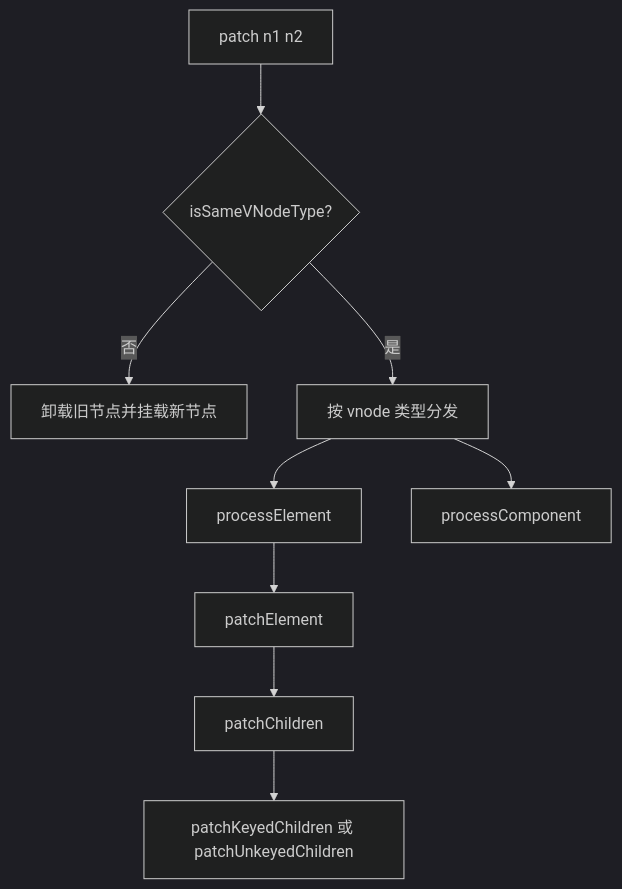
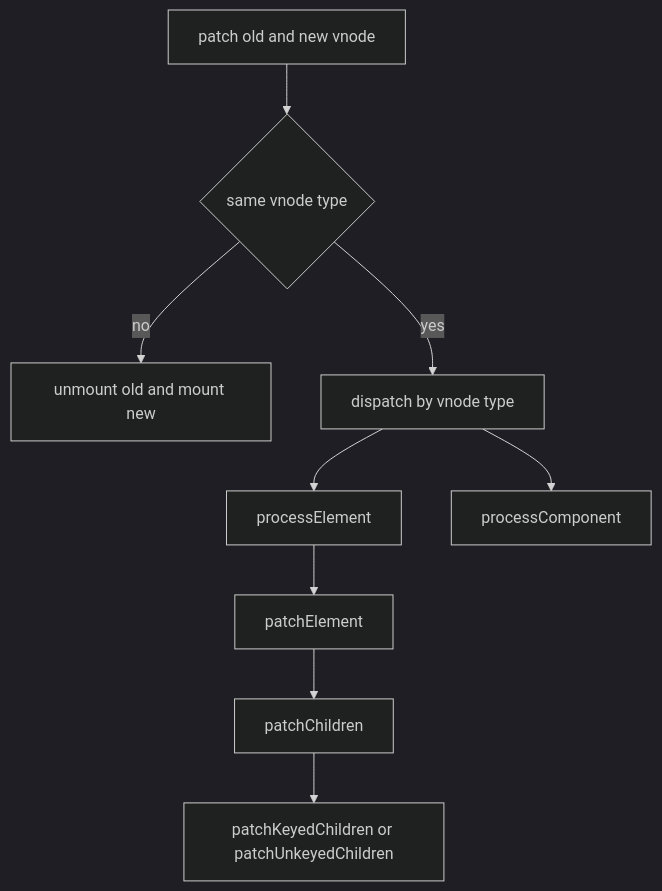
The first of 17 diagrams in docs/vue/source/runtime-core/diff-algorithm-interview.md (Tajigaqzh/front_basic), drawn with Mermaid (dark theme) before and after one commit. The commit also changed other lines of this file and 11 other files, not shown here.

````diff
--- a/docs/vue/source/runtime-core/diff-algorithm-interview.md
+++ b/docs/vue/source/runtime-core/diff-algorithm-interview.md
@@ -86,11 +86,11 @@
 ```mermaid
 flowchart TD
-  A[patch n1 n2] --> B{isSameVNodeType?}
-  B -- 否 --> C[卸载旧节点并挂载新节点]
-  B -- 是 --> D[按 vnode 类型分发]
-  D --> E[processElement]
-  D --> F[processComponent]
-  E --> G[patchElement]
-  G --> H[patchChildren]
-  H --> I[patchKeyedChildren 或 patchUnkeyedChildren]
+  A["patch old and new vnode"] --> B{"same vnode type"}
+  B -- no --> C["unmount old and mount new"]
+  B -- yes --> D["dispatch by vnode type"]
+  D --> E["processElement"]
+  D --> F["processComponent"]
+  E --> G["patchElement"]
+  G --> H["patchChildren"]
+  H --> I["patchKeyedChildren or patchUnkeyedChildren"]
 ```
````
